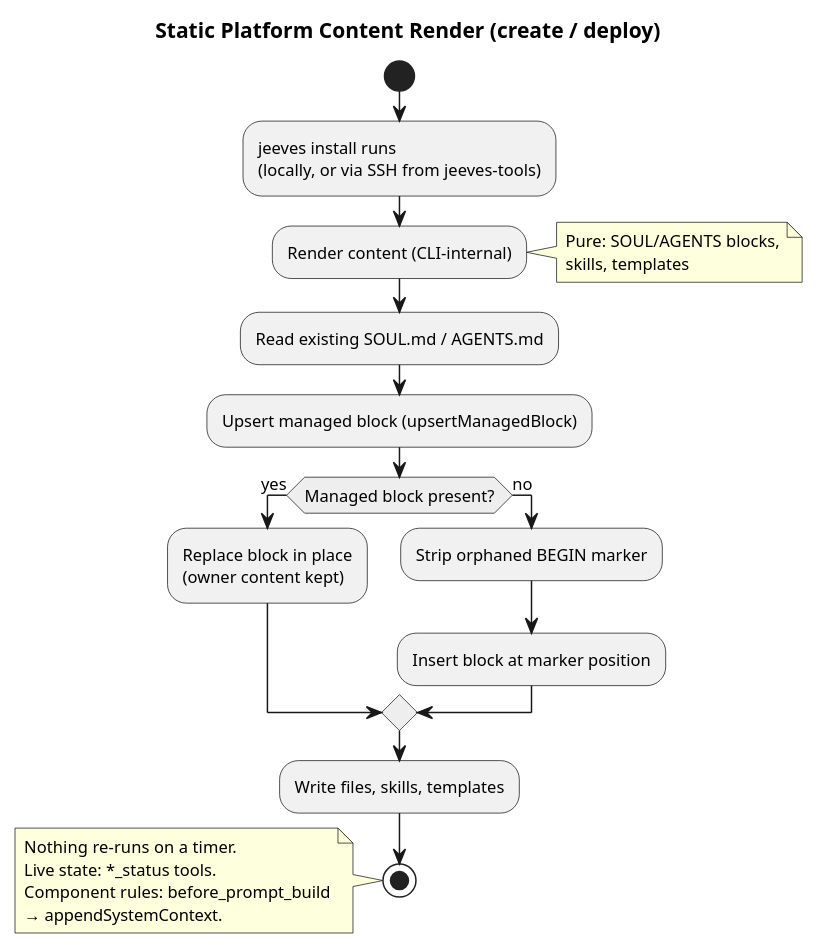
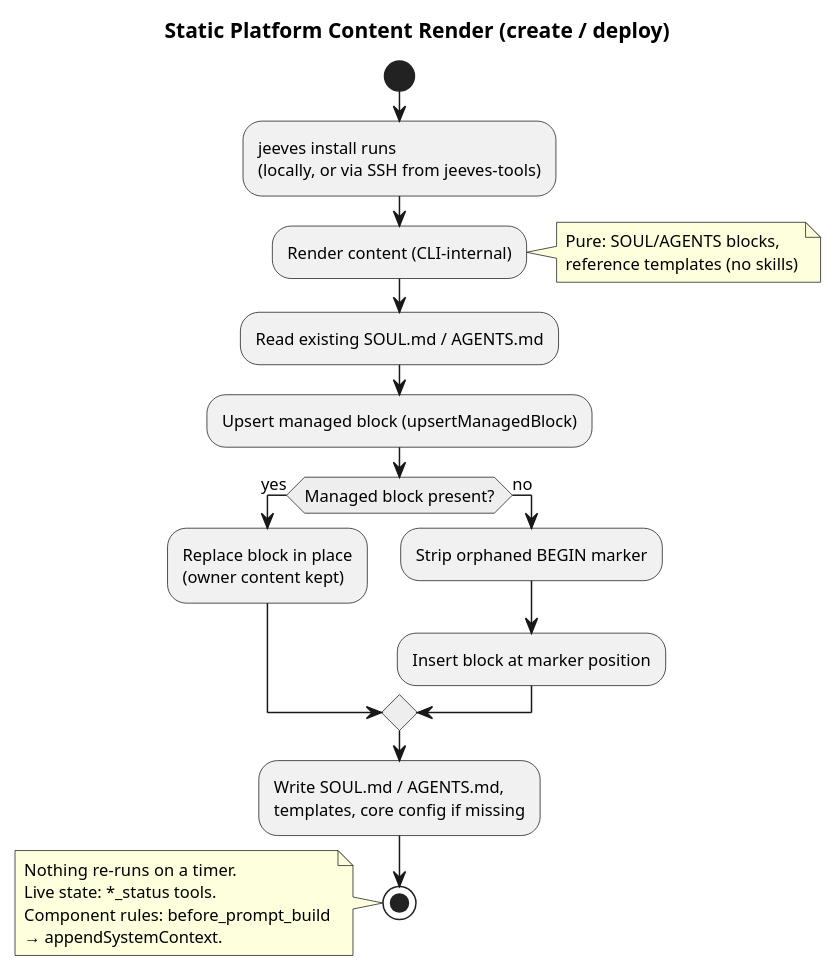
Before and after one commit to karmaniverous/jeeves: the diagram in diagrams/src/managed-content-lifecycle.pu, drawn with PlantUML. The commit also changed 6 other files, not shown here.

First line of the commit message:
[108] docs: core ships no skills; registryCache removed

```diff
--- a/diagrams/src/managed-content-lifecycle.pu
+++ b/diagrams/src/managed-content-lifecycle.pu
@@ -1,38 +1,38 @@
 @startuml managed-content-lifecycle
 skinparam shadowing false
 skinparam defaultFontSize 11
 skinparam backgroundColor white
 skinparam ActivityDiamondBackgroundColor #EEEEEE
 
 title Static Platform Content Render (create / deploy)
 
 start
 
 :jeeves install runs\n(locally, or via SSH from jeeves-tools);
 
 :Render content (CLI-internal);
-note right: Pure: SOUL/AGENTS blocks,\nskills, templates
+note right: Pure: SOUL/AGENTS blocks,\nreference templates (no skills)
 
 :Read existing SOUL.md / AGENTS.md;
 
 :Upsert managed block (upsertManagedBlock);
 
 if (Managed block present?) then (yes)
   :Replace block in place\n(owner content kept);
 else (no)
   :Strip orphaned BEGIN marker;
   :Insert block at marker position;
 endif
 
-:Write files, skills, templates;
+:Write SOUL.md / AGENTS.md,\ntemplates, core config if missing;
 
 stop
 
 note
   Nothing re-runs on a timer.
   Live state: *_status tools.
   Component rules: before_prompt_build
   → appendSystemContext.
 end note
 
 @enduml
```
